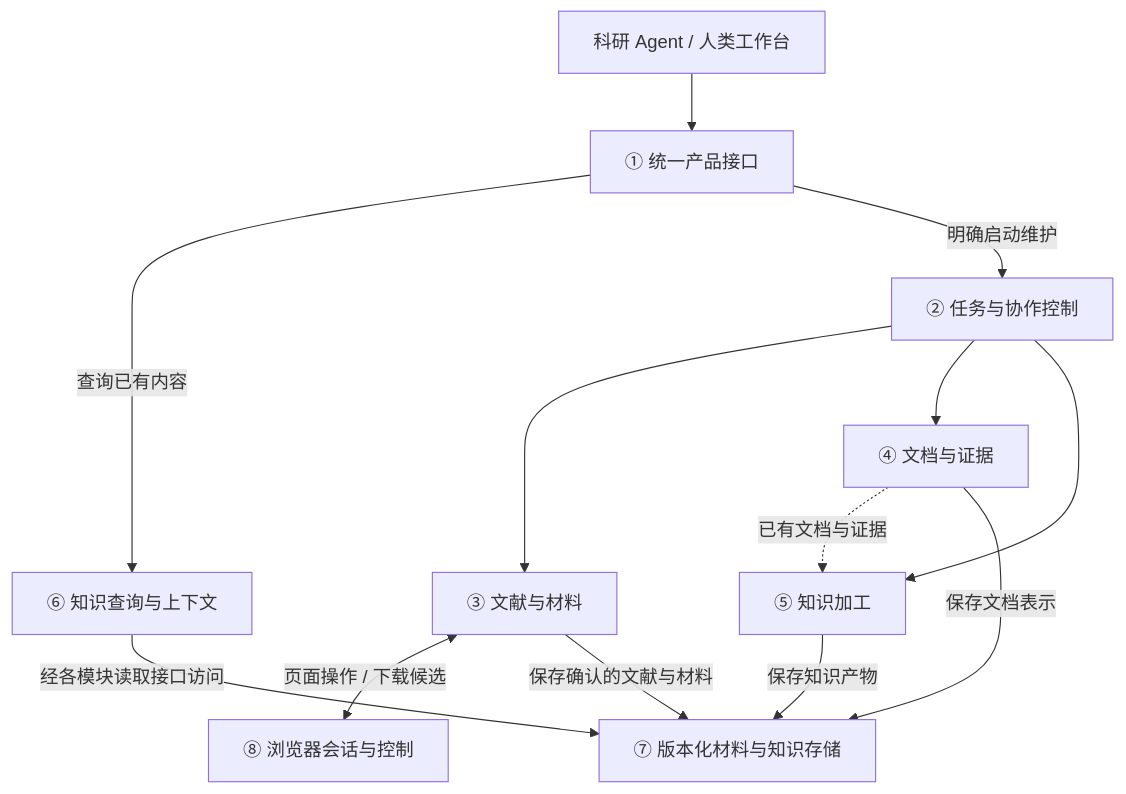
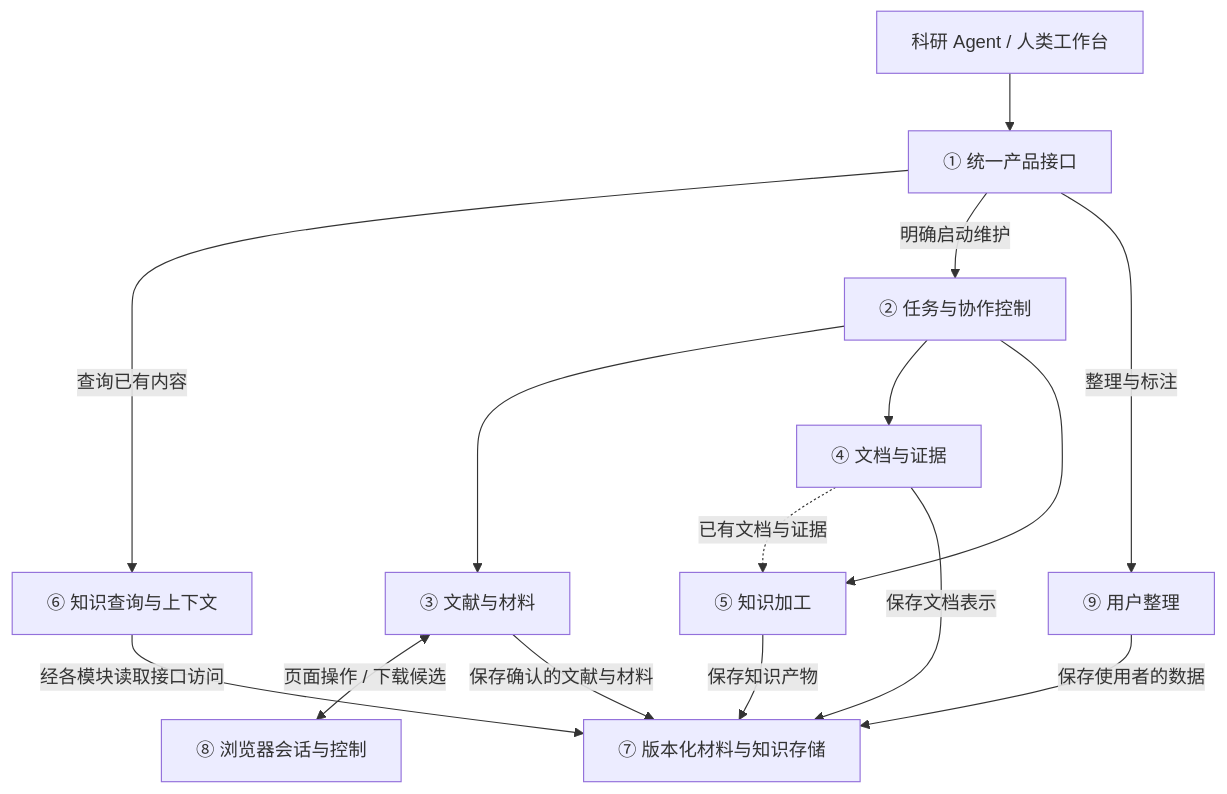
Before and after one commit to LuckRookie/SciRetriever: the diagram in docs/architecture/design.md, drawn with Mermaid. The commit also changed other lines of this file and 3 other files, not shown here.

````diff
--- a/docs/architecture/design.md
+++ b/docs/architecture/design.md
@@ -30,18 +32,20 @@
 ```mermaid
 flowchart TB
     U["科研 Agent / 人类工作台"] --> I["① 统一产品接口"]
     I -->|查询已有内容| Q["⑥ 知识查询与上下文"]
     I -->|明确启动维护| T["② 任务与协作控制"]
+    I -->|整理与标注| O["⑨ 用户整理"]
 
     T --> R["③ 文献与材料"]
     T --> D["④ 文档与证据"]
     T --> K["⑤ 知识加工"]
 
     R <-->|页面操作 / 下载候选| B["⑧ 浏览器会话与控制"]
     D -.->|已有文档与证据| K
 
     R -->|保存确认的文献与材料| S["⑦ 版本化材料与知识存储"]
     D -->|保存文档表示| S
     K -->|保存知识产物| S
+    O -->|保存使用者的数据| S
     Q -->|经各模块读取接口访问| S
 ```
````
